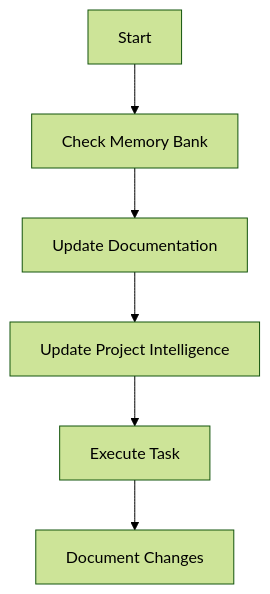
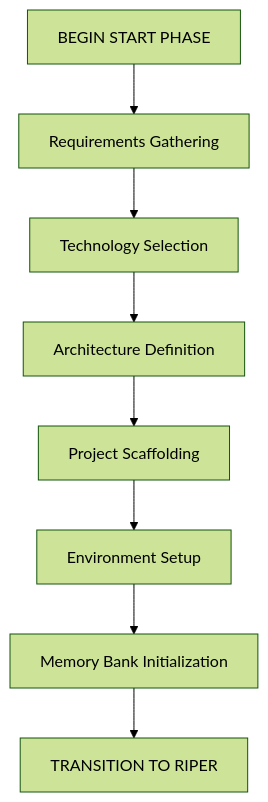
The diagram in peiiii--agentverse/CLAUDE.md (tomevault-io/claude-code-plugins), drawn with Mermaid (forest theme) before and after one commit. The commit also changed other lines of this file, not shown here.

````diff
--- a/peiiii--agentverse/CLAUDE.md
+++ b/peiiii--agentverse/CLAUDE.md
@@ -132,8 +31,10 @@
 ```mermaid
 flowchart TD
-    Start[Start] --> Context[Check Memory Bank]
-    Context --> Update[Update Documentation]
-    Update --> Rules[Update Project Intelligence]
-    Rules --> Execute[Execute Task]
-    Execute --> Document[Document Changes]
+    Start[BEGIN START PHASE] --> Req[Requirements Gathering]
+    Req --> Tech[Technology Selection]
+    Tech --> Arch[Architecture Definition]
+    Arch --> Scaffold[Project Scaffolding]
+    Scaffold --> Setup[Environment Setup]
+    Setup --> Memory[Memory Bank Initialization]
+    Memory --> End[TRANSITION TO RIPER]
 ```
````
